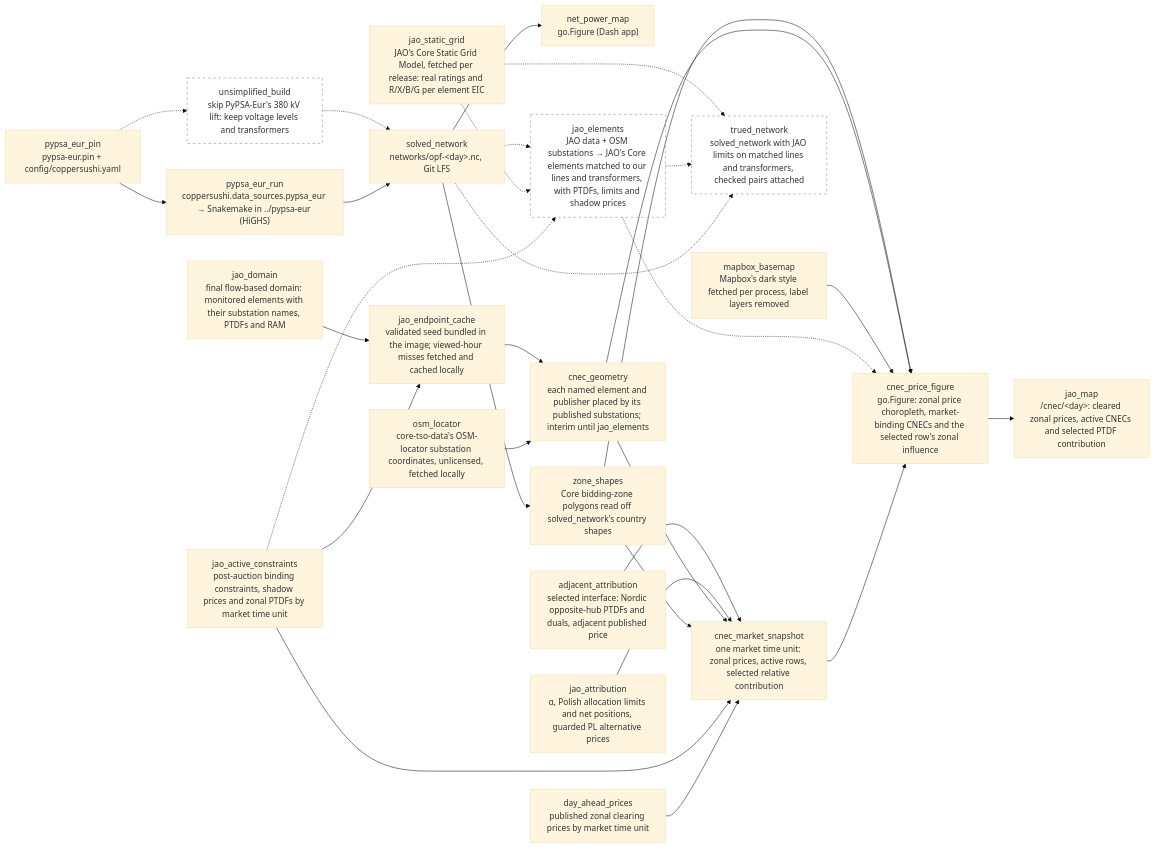
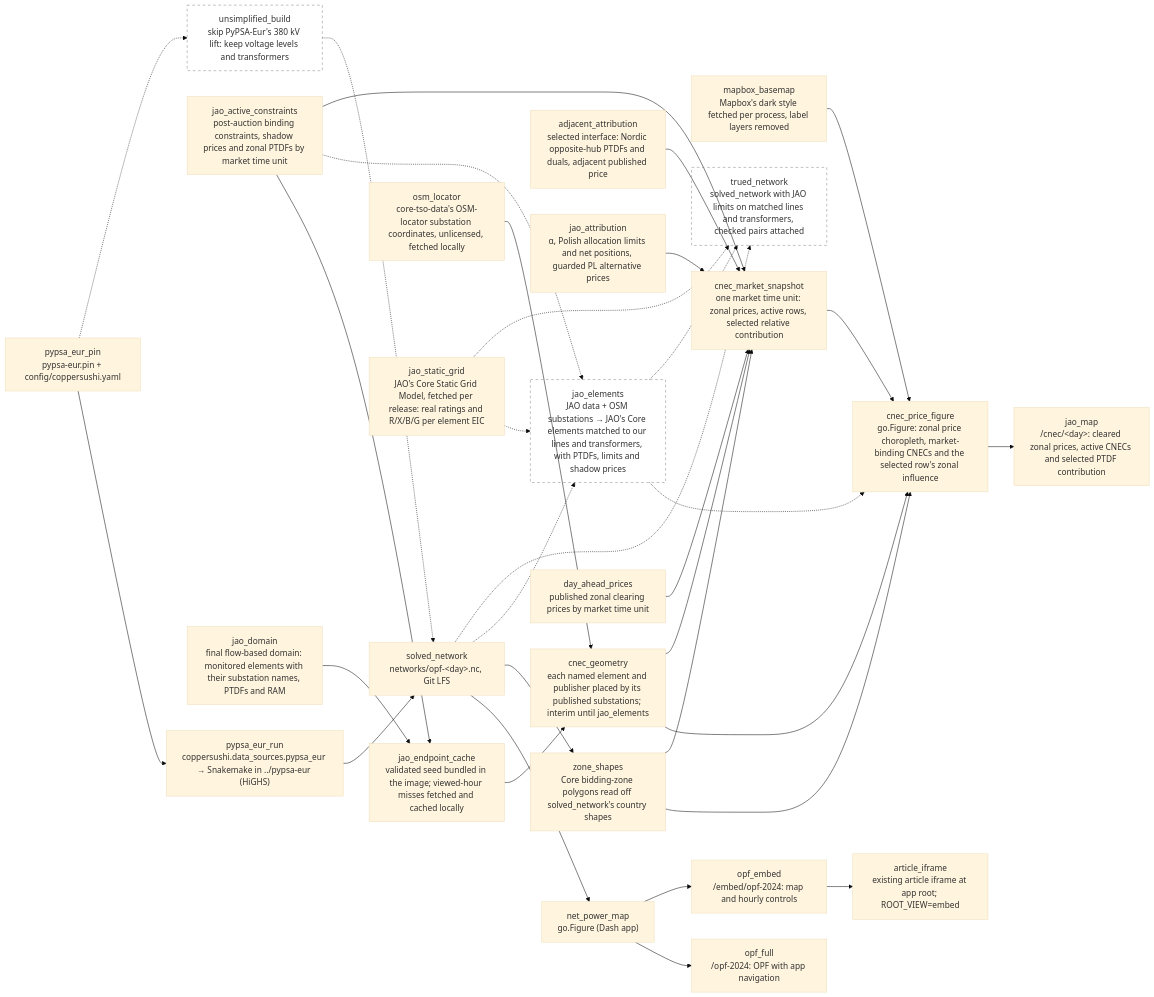
One commit to zoltanmaric/coppersushi changed the diagram in wiki/sushi-2.md. Above: the diagram before and after it, drawn with Mermaid (base theme). The commit also changed other lines of this file and 11 other files, not shown here.

First line of the commit message:
Expose the 2024 OPF as an article embed (#116)

````diff
--- a/wiki/sushi-2.md
+++ b/wiki/sushi-2.md
@@ -17,58 +17,64 @@
 ```mermaid
 flowchart LR
     classDef planned stroke-dasharray: 5 5,stroke:#888,fill:none
 
     net_power_map["net_power_map<br/>go.Figure (Dash app)"]
 
     pypsa_eur_pin["pypsa_eur_pin<br/>pypsa-eur.pin + config/coppersushi.yaml"]
     pypsa_eur_run["pypsa_eur_run<br/>coppersushi.data_sources.pypsa_eur → Snakemake in ../pypsa-eur (HiGHS)"]
     solved_network["solved_network<br/>networks/opf-&lt;day&gt;.nc, Git LFS"]
     jao_active_constraints["jao_active_constraints<br/>post-auction binding constraints, shadow prices and zonal PTDFs by market time unit"]
     adjacent_attribution["adjacent_attribution<br/>selected interface: Nordic opposite-hub PTDFs and duals, adjacent published price"]
     jao_attribution["jao_attribution<br/>α, Polish allocation limits and net positions, guarded PL alternative prices"]
     jao_domain["jao_domain<br/>final flow-based domain: monitored elements with their substation names, PTDFs and RAM"]
     jao_endpoint_cache["jao_endpoint_cache<br/>validated seed bundled in the image; viewed-hour misses fetched and cached locally"]
     osm_locator["osm_locator<br/>core-tso-data's OSM-locator substation coordinates, unlicensed, fetched locally"]
     cnec_geometry["cnec_geometry<br/>each named element and publisher placed by its published substations; interim until jao_elements"]
     zone_shapes["zone_shapes<br/>Core bidding-zone polygons read off solved_network's country shapes"]
     mapbox_basemap["mapbox_basemap<br/>Mapbox's dark style fetched per process, label layers removed"]
 
     jao_static_grid["jao_static_grid<br/>JAO's Core Static Grid Model, fetched per release: real ratings and R/X/B/G per element EIC"]
 
     unsimplified["unsimplified_build<br/>skip PyPSA-Eur's 380 kV lift: keep voltage levels and transformers"]:::planned
     jao_elements["jao_elements<br/>JAO data + OSM substations → JAO's Core elements matched to our lines and transformers, with PTDFs, limits and shadow prices"]:::planned
     day_ahead_prices["day_ahead_prices<br/>published zonal clearing prices by market time unit"]
     cnec_market_snapshot["cnec_market_snapshot<br/>one market time unit: zonal prices, active rows, selected relative contribution"]
     cnec_price_figure["cnec_price_figure<br/>go.Figure: zonal price choropleth, market-binding CNECs and the selected row's zonal influence"]
     jao_map["jao_map<br/>/cnec/&lt;day&gt;: cleared zonal prices, active CNECs and selected PTDF contribution"]
     trued_network["trued_network<br/>solved_network with JAO limits on matched lines and transformers, checked pairs attached"]:::planned
 
     pypsa_eur_pin --> pypsa_eur_run
     pypsa_eur_pin -.-> unsimplified
     unsimplified -.-> solved_network
     pypsa_eur_run --> solved_network
+    opf_full["opf_full<br/>/opf-2024: OPF with app navigation"]
+    opf_embed["opf_embed<br/>/embed/opf-2024: map and hourly controls"]
+    article_iframe["article_iframe<br/>existing article iframe at app root; ROOT_VIEW=embed"]
+    net_power_map --> opf_full
+    net_power_map --> opf_embed
+    opf_embed --> article_iframe
     solved_network --> net_power_map
     solved_network --> zone_shapes
     zone_shapes --> cnec_price_figure
     jao_domain --> jao_endpoint_cache
     jao_active_constraints --> jao_endpoint_cache
     jao_endpoint_cache --> cnec_geometry
     osm_locator --> cnec_geometry
     cnec_geometry --> cnec_price_figure
     mapbox_basemap --> cnec_price_figure
     solved_network -.-> jao_elements
     jao_static_grid -.-> jao_elements
     jao_static_grid -.-> trued_network
     jao_active_constraints -.-> jao_elements
     adjacent_attribution --> cnec_market_snapshot
     jao_attribution --> cnec_market_snapshot
     cnec_geometry --> cnec_market_snapshot
     zone_shapes --> cnec_market_snapshot
     jao_active_constraints --> cnec_market_snapshot
     day_ahead_prices --> cnec_market_snapshot
     jao_elements -.-> cnec_price_figure
     cnec_market_snapshot --> cnec_price_figure
     cnec_price_figure --> jao_map
     jao_elements -.-> trued_network
     solved_network -.-> trued_network
 ```
````
